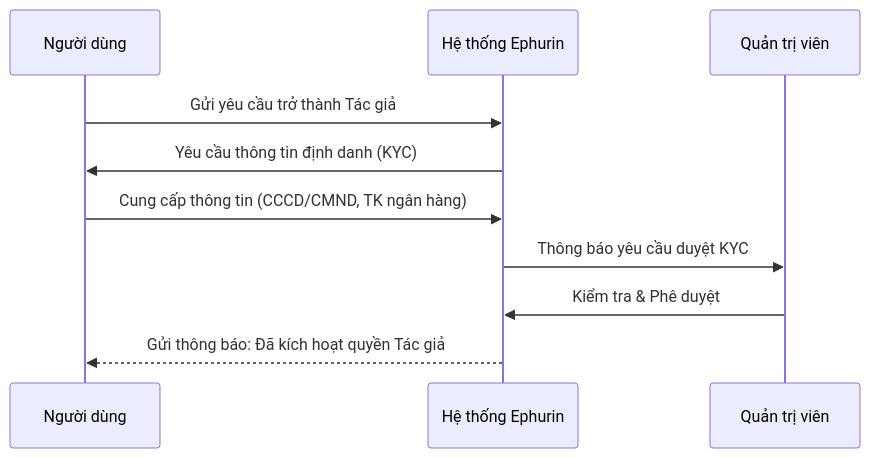
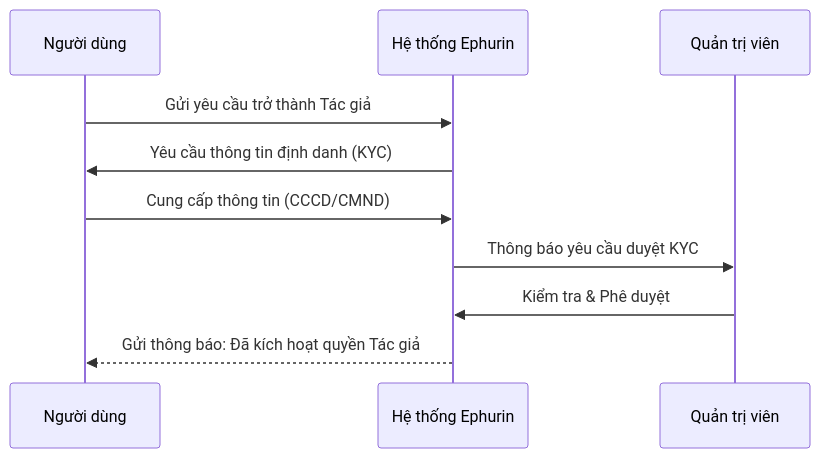
Before and after one commit to Ephurin/SRA: the first of 3 diagrams in SRA_doc/Phase_2/04_Business_Process_Analysis.md, drawn with Mermaid. The commit also changed 2 other files, not shown here.

Commit message:
update docs for phase 2

````diff
--- a/SRA_doc/Phase_2/04_Business_Process_Analysis.md
+++ b/SRA_doc/Phase_2/04_Business_Process_Analysis.md
@@ -9,13 +9,13 @@
 ```mermaid
 sequenceDiagram
     participant User as Người dùng
     participant System as Hệ thống Ephurin
     participant Admin as Quản trị viên
     
     User->>System: Gửi yêu cầu trở thành Tác giả
     System->>User: Yêu cầu thông tin định danh (KYC)
-    User->>System: Cung cấp thông tin (CCCD/CMND, TK ngân hàng)
+    User->>System: Cung cấp thông tin (CCCD/CMND)
     System->>Admin: Thông báo yêu cầu duyệt KYC
     Admin->>System: Kiểm tra & Phê duyệt
     System-->>User: Gửi thông báo: Đã kích hoạt quyền Tác giả
 ```
````
